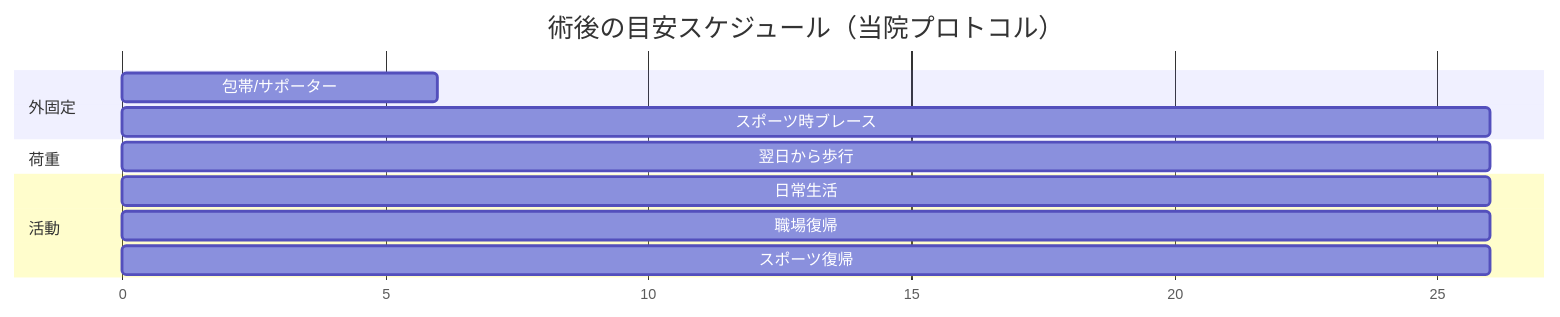
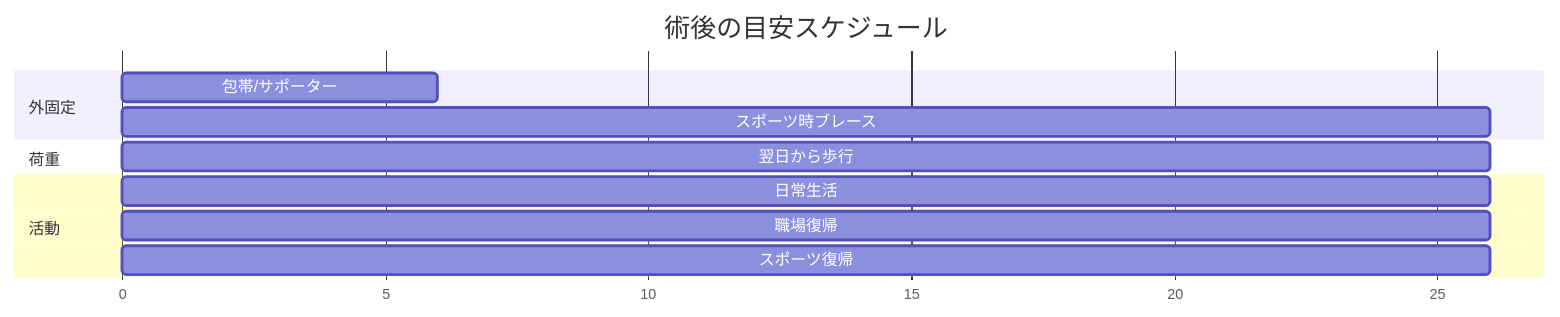
The second of 2 diagrams in docs/patient/ankle-instability.md (TakaOrtho/ogawa-foot-clinic-wiki), drawn with Mermaid before and after one commit. The commit also changed other lines of this file and 11 other files, not shown here.

First line of the commit message:
Phase1 polish: fix icon bug, add hero/CTA, patient-tone rewrite, AI schemas, responsive CSS

````diff
--- a/docs/patient/ankle-instability.md
+++ b/docs/patient/ankle-instability.md
@@ -136,18 +134,18 @@
 ```mermaid
 gantt
-    title 術後の目安スケジュール（当院プロトコル）
+    title 術後の目安スケジュール
     dateFormat  X
     axisFormat  %s
 
     section 外固定
     包帯/サポーター     :a1, 0, 6
     スポーツ時ブレース  :a2, 6, 26
 
     section 荷重
     翌日から歩行       :b1, 0, 26
 
     section 活動
     日常生活           :c1, 0, 26
     職場復帰           :c2, 6, 26
     スポーツ復帰       :c3, 6, 26
 ```
````
